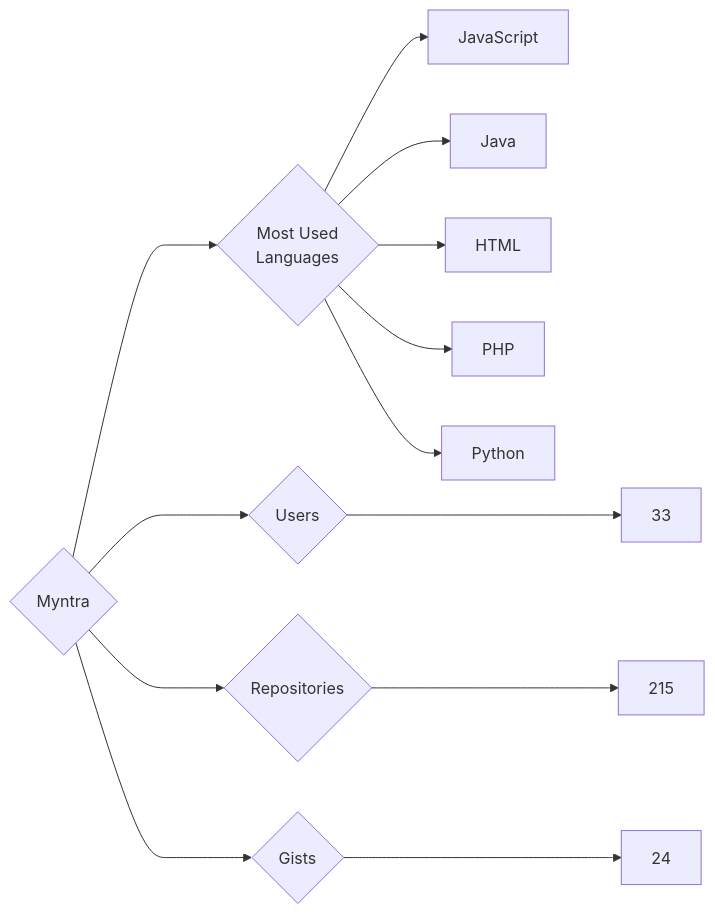
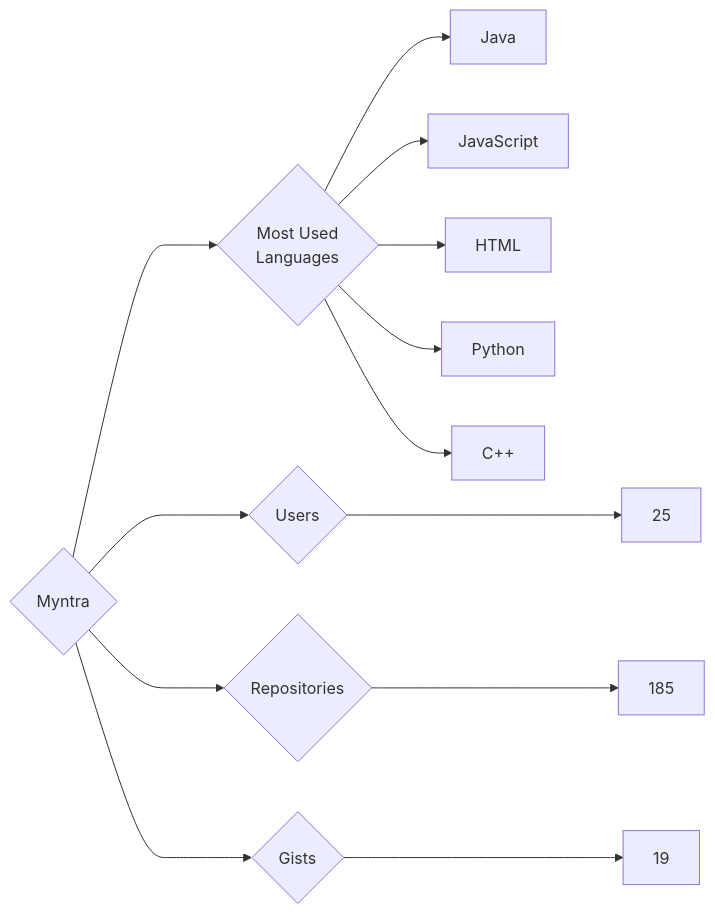
One commit to trickest/insiders changed the diagram in targets/Myntra/README.md. Above: the diagram before and after it, drawn with Mermaid. The commit also changed 953 other files, not shown here.

````diff
--- a/targets/Myntra/README.md
+++ b/targets/Myntra/README.md
@@ -3,13 +3,13 @@
 ```mermaid
 graph LR
 COMPANY_NAME{Myntra}
-COMPANY_NAME ---> U{Users} ---> UN[33]
-COMPANY_NAME ---> R{Repositories} ---> RN[215]
-COMPANY_NAME ---> G{Gists} ---> GN[24]
+COMPANY_NAME ---> U{Users} ---> UN[25]
+COMPANY_NAME ---> R{Repositories} ---> RN[185]
+COMPANY_NAME ---> G{Gists} ---> GN[19]
 COMPANY_NAME ---> ML{Most Used<br>Languages}
+ML --> Java[Java]
 ML --> JavaScript[JavaScript]
-ML --> Java[Java]
 ML --> HTML[HTML]
-ML --> PHP[PHP]
 ML --> Python[Python]
+ML --> C++[C++]
 ```
````
